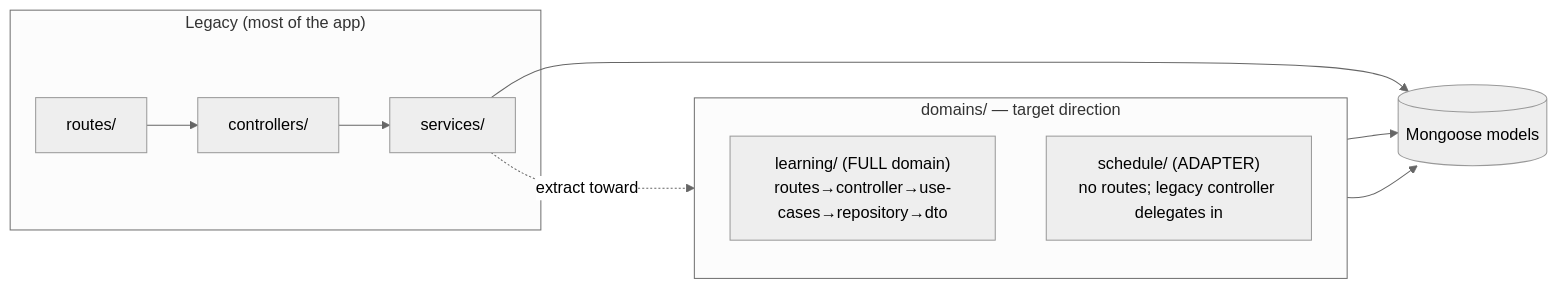
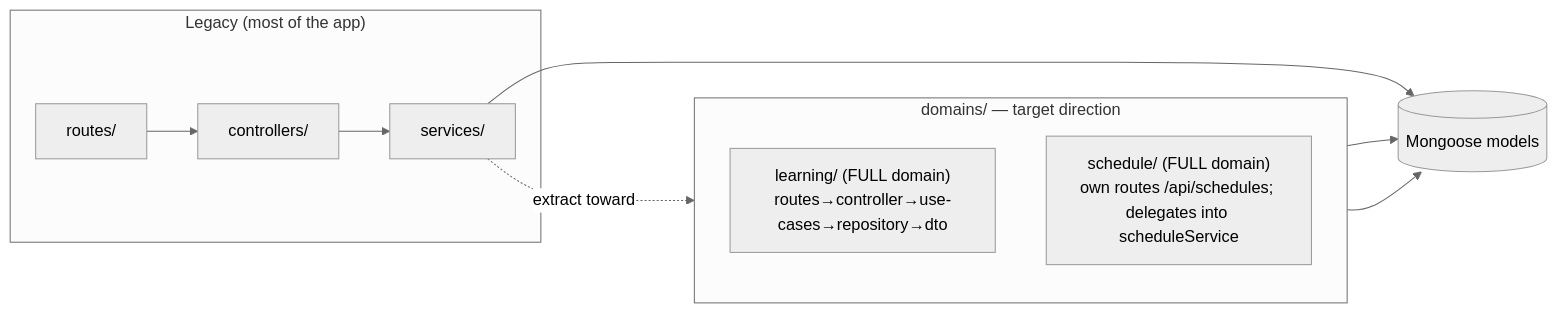
Before and after one commit to FinanceBullkk/ConCho2: the third of 4 diagrams in docs/system-overview.md, drawn with Mermaid (neutral theme). The commit also changed other lines of this file and 1 other file, not shown here.

First line of the commit message:
docs(system-map): sync domain inventory and schedule-domain status

````diff
--- a/docs/system-overview.md
+++ b/docs/system-overview.md
@@ -92,15 +92,15 @@
 ```mermaid
 flowchart LR
     subgraph Legacy["Legacy (most of the app)"]
         LR1[routes/] --> LC[controllers/] --> LS[services/]
     end
     subgraph Domains["domains/ — target direction"]
         direction TB
         L["learning/ (FULL domain)<br/>routes→controller→use-cases→repository→dto"]
-        S["schedule/ (ADAPTER)<br/>no routes; legacy controller delegates in"]
+        S["schedule/ (FULL domain)<br/>own routes /api/schedules; delegates into scheduleService"]
     end
     LS -. extract toward .-> Domains
     L --> M[(Mongoose models)]
     S --> M
     LS --> M
 ```
````
